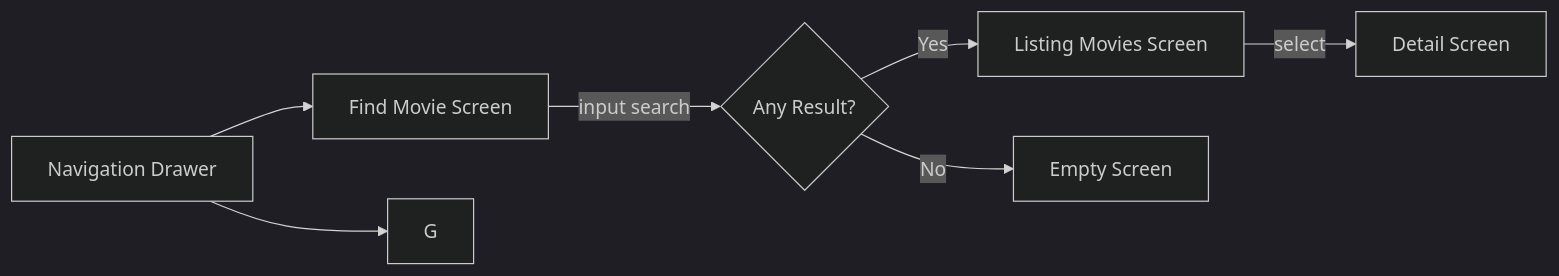
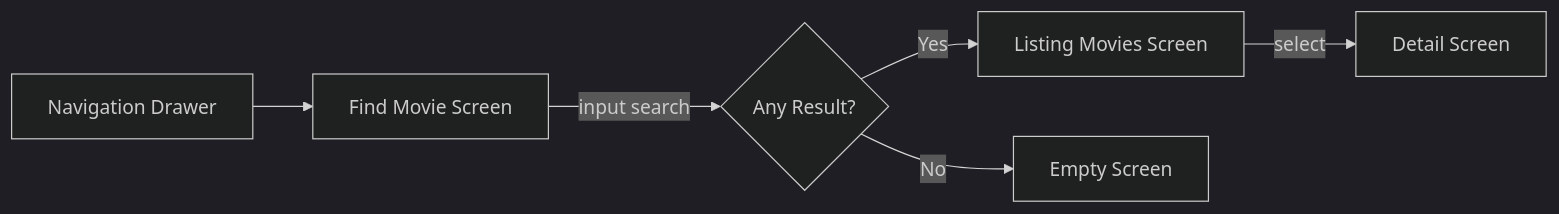
One commit to Shaileee/MVIDemoApp changed the diagram in README.md. Above: the diagram before and after it, drawn with Mermaid (dark theme).

Commit message:
Update README.md
updated

````diff
--- a/README.md
+++ b/README.md
@@ -47,9 +47,8 @@
 ```mermaid
 graph LR
 A[Navigation Drawer] --> B[Find Movie Screen]
-A --> G
 B -- input search --> C{Any Result?}
 C -- Yes --> D[Listing Movies Screen]
 C -- No --> E[Empty Screen]
 D -- select --> F[Detail Screen]
 ```
````
